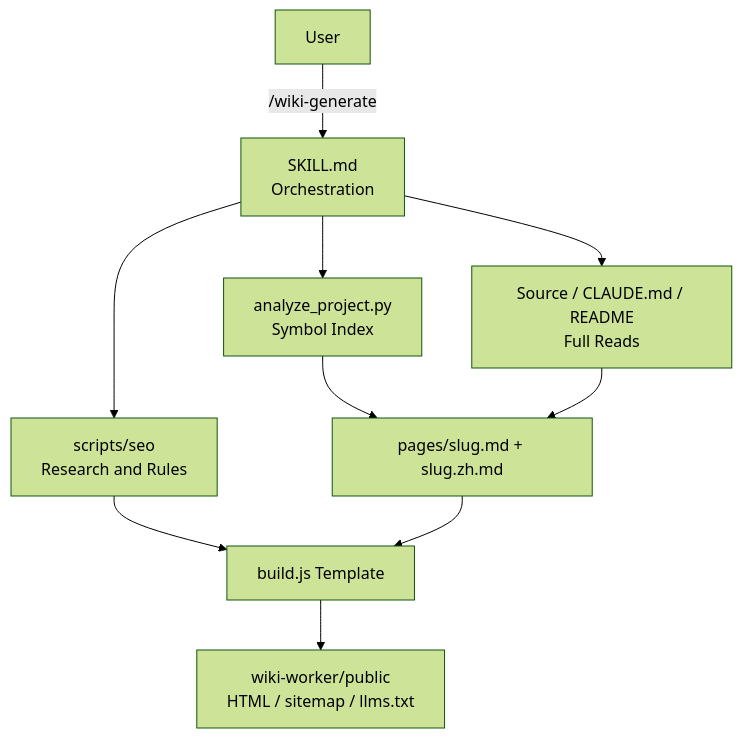
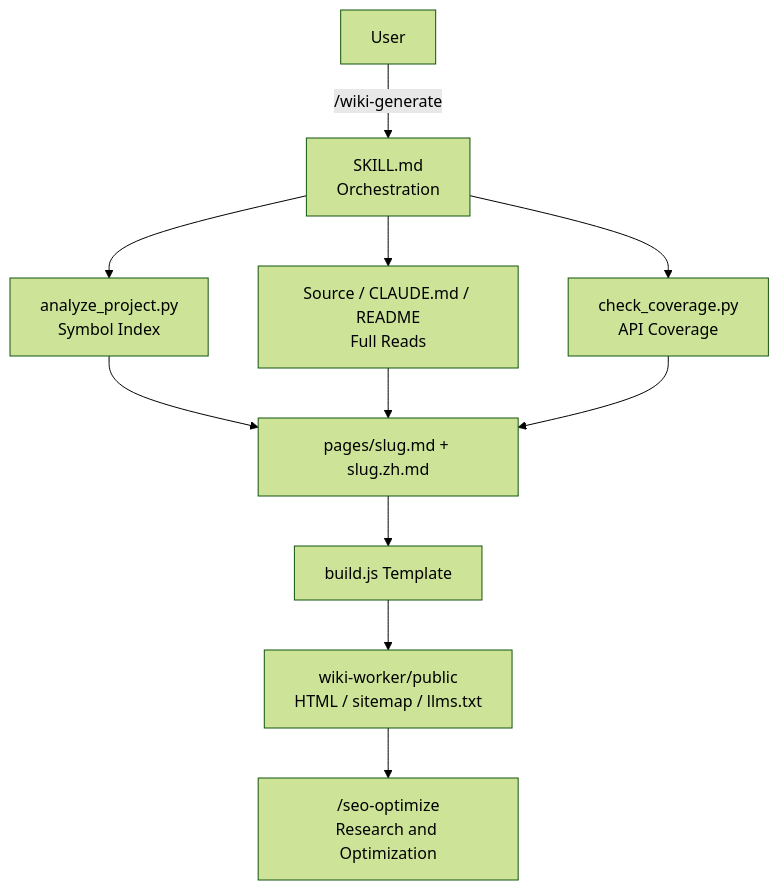
One commit to agenvoy/skill-wiki-generate changed the diagram in README.md. Above: the diagram before and after it, drawn with Mermaid (forest theme). The commit also changed other lines of this file and 13 other files, not shown here.

Commit message:
breaking: Delegate SEO to /seo-optimize and remove built-in SEO scripts

````diff
--- a/README.md
+++ b/README.md
@@ -39,12 +39,13 @@
 ```mermaid
 graph TB
     User[User] -->|/wiki-generate| SKILL[SKILL.md<br/>Orchestration]
     SKILL --> Analyze[analyze_project.py<br/>Symbol Index]
     SKILL --> Source[Source / CLAUDE.md / README<br/>Full Reads]
-    SKILL --> SEO[scripts/seo<br/>Research and Rules]
+    SKILL --> Coverage[check_coverage.py<br/>API Coverage]
     Analyze --> Pages[pages/slug.md + slug.zh.md]
     Source --> Pages
-    SEO --> Build[build.js Template]
-    Pages --> Build
+    Coverage --> Pages
+    Pages --> Build[build.js Template]
     Build --> Site[wiki-worker/public<br/>HTML / sitemap / llms.txt]
+    Site --> SEO["/seo-optimize<br/>Research and Optimization"]
 ```
````
